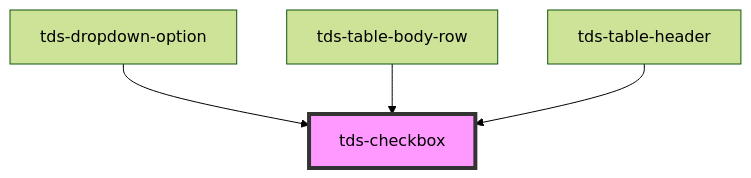
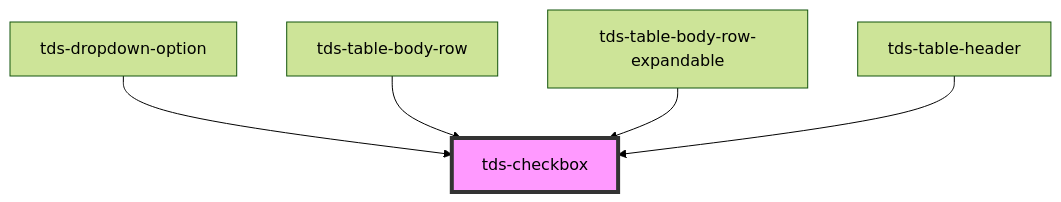
The diagram in packages/core/src/components/checkbox/readme.md (scania-digital-design-system/tegel), drawn with Mermaid (forest theme) before and after one commit. The commit also changed other lines of this file and 1 other file, not shown here.

Commit message:
docs: update auto-generated component documentation
Update readme files for checkbox and table-body-row-expandable
components to reflect new props and events added for multiselect
support in expandable rows.

````diff
--- a/packages/core/src/components/checkbox/readme.md
+++ b/packages/core/src/components/checkbox/readme.md
@@ -71,7 +72,8 @@
 ```mermaid
 graph TD;
   tds-dropdown-option --> tds-checkbox
   tds-table-body-row --> tds-checkbox
+  tds-table-body-row-expandable --> tds-checkbox
   tds-table-header --> tds-checkbox
   style tds-checkbox fill:#f9f,stroke:#333,stroke-width:4px
 ```
````
